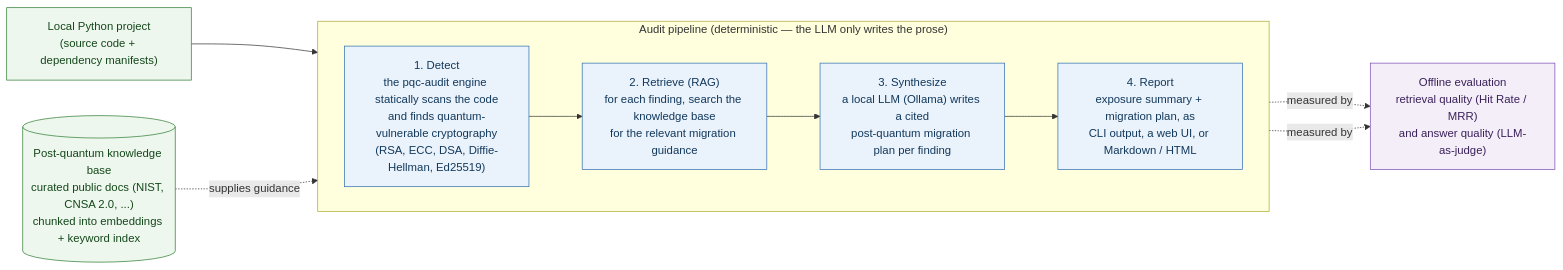
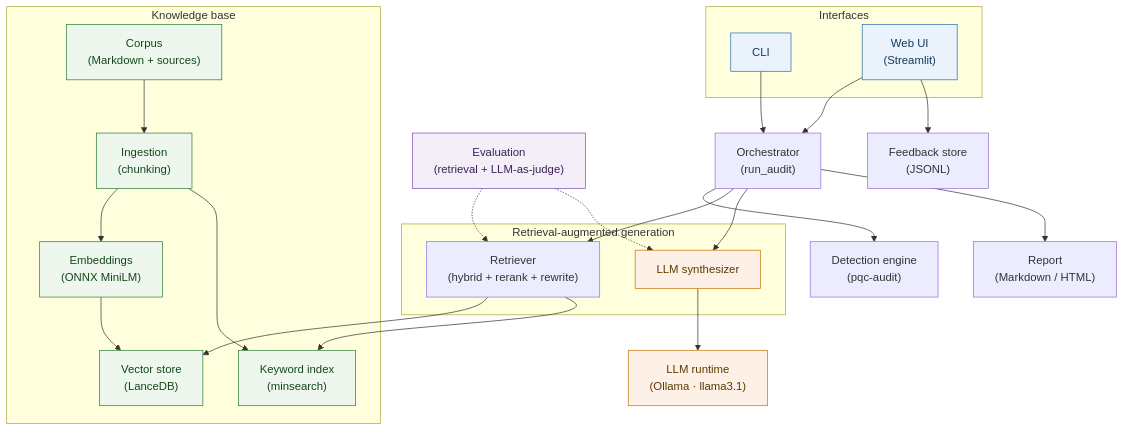
The diagram in README.md (rauleteee/pqc-audit-rag), drawn with Mermaid before and after one commit. The commit also changed other lines of this file, not shown here.

Commit message:
docs: component-level architecture diagram (labels + separate table)
Replace the stage-narrative diagram with a component diagram: short boxes naming
each component and its implementation (LLM runtime Ollama/llama3.1, vector store
LanceDB, keyword index minsearch, ONNX embeddings, pqc-audit engine, etc.). Move
all explanations out of the diagram into a Components table below it.

````diff
--- a/README.md
+++ b/README.md
@@ -35,28 +35,55 @@
 ```mermaid
-flowchart LR
-    project["Local Python project<br/>(source code + dependency manifests)"]
-
-    subgraph pipeline["Audit pipeline (deterministic — the LLM only writes the prose)"]
-        direction LR
-        detect["1. Detect<br/>the pqc-audit engine statically scans the code<br/>and finds quantum-vulnerable cryptography<br/>(RSA, ECC, DSA, Diffie-Hellman, Ed25519)"]
-        retrieve["2. Retrieve (RAG)<br/>for each finding, search the knowledge base<br/>for the relevant migration guidance"]
-        synthesize["3. Synthesize<br/>a local LLM (Ollama) writes a cited<br/>post-quantum migration plan per finding"]
-        report["4. Report<br/>exposure summary + migration plan, as<br/>CLI output, a web UI, or Markdown / HTML"]
-        detect --> retrieve --> synthesize --> report
+flowchart TB
+    subgraph interfaces["Interfaces"]
+        cli["CLI"]
+        ui["Web UI<br/>(Streamlit)"]
     end
 
-    kb[("Post-quantum knowledge base<br/>curated public docs (NIST, CNSA 2.0, ...)<br/>chunked into embeddings + keyword index")]
-    eval["Offline evaluation<br/>retrieval quality (Hit Rate / MRR)<br/>and answer quality (LLM-as-judge)"]
+    orch["Orchestrator<br/>(run_audit)"]
+    engine["Detection engine<br/>(pqc-audit)"]
+    report["Report<br/>(Markdown / HTML)"]
+    feedback["Feedback store<br/>(JSONL)"]
 
-    project --> detect
-    kb -. supplies guidance .-> retrieve
-    retrieve -. measured by .-> eval
-    synthesize -. measured by .-> eval
+    subgraph rag["Retrieval-augmented generation"]
+        retriever["Retriever<br/>(hybrid + rerank + rewrite)"]
+        synth["LLM synthesizer"]
+    end
 
-    classDef stage fill:#eaf2fb,stroke:#2f6fb0,color:#12395c;
-    classDef data fill:#eef7ee,stroke:#2e7d32,color:#14471a;
-    classDef check fill:#f4eef9,stroke:#7a4fb5,color:#3a2159;
-    class detect,retrieve,synthesize,report stage;
-    class project,kb data;
-    class eval check;
+    llm["LLM runtime<br/>(Ollama · llama3.1)"]
+
+    subgraph kbase["Knowledge base"]
+        corpus["Corpus<br/>(Markdown + sources)"]
+        ingest["Ingestion<br/>(chunking)"]
+        embed["Embeddings<br/>(ONNX MiniLM)"]
+        vstore["Vector store<br/>(LanceDB)"]
+        kindex["Keyword index<br/>(minsearch)"]
+    end
+
+    evalz["Evaluation<br/>(retrieval + LLM-as-judge)"]
+
+    cli --> orch
+    ui --> orch
+    ui --> feedback
+    orch --> engine
+    orch --> retriever
+    orch --> synth
+    orch --> report
+    retriever --> vstore
+    retriever --> kindex
+    synth --> llm
+    corpus --> ingest
+    ingest --> embed
+    embed --> vstore
+    ingest --> kindex
+    evalz -.-> retriever
+    evalz -.-> synth
+
+    classDef iface fill:#eaf2fb,stroke:#2f6fb0,color:#12395c;
+    classDef kbc fill:#eef7ee,stroke:#2e7d32,color:#14471a;
+    classDef llmc fill:#fdf0e6,stroke:#c77800,color:#5c3a00;
+    classDef evalc fill:#f4eef9,stroke:#7a4fb5,color:#3a2159;
+    class cli,ui iface;
+    class corpus,ingest,embed,vstore,kindex kbc;
+    class llm,synth llmc;
+    class evalz evalc;
 ```
````
